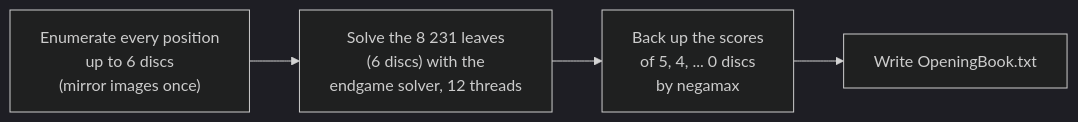
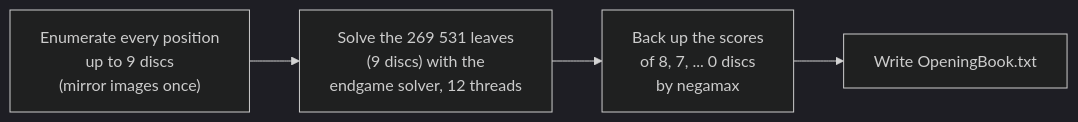
One commit to cjpkmd/Connect-4 changed the diagram in docs/brain/14-opening-book.md. Above: the diagram before and after it, drawn with Mermaid (dark theme). The commit also changed other lines of this file and 13 other files, not shown here.

````diff
--- a/docs/brain/14-opening-book.md
+++ b/docs/brain/14-opening-book.md
@@ -21,6 +21,6 @@
 ```mermaid
 flowchart LR
-    E["Enumerate every position<br/>up to 6 discs<br/>(mirror images once)"] --> S["Solve the 8 231 leaves<br/>(6 discs) with the<br/>endgame solver, 12 threads"]
-    S --> B["Back up the scores<br/>of 5, 4, ... 0 discs<br/>by negamax"]
+    E["Enumerate every position<br/>up to 9 discs<br/>(mirror images once)"] --> S["Solve the 269 531 leaves<br/>(9 discs) with the<br/>endgame solver, 12 threads"]
+    S --> B["Back up the scores<br/>of 8, 7, ... 0 discs<br/>by negamax"]
     B --> F["Write OpeningBook.txt"]
 ```
````
